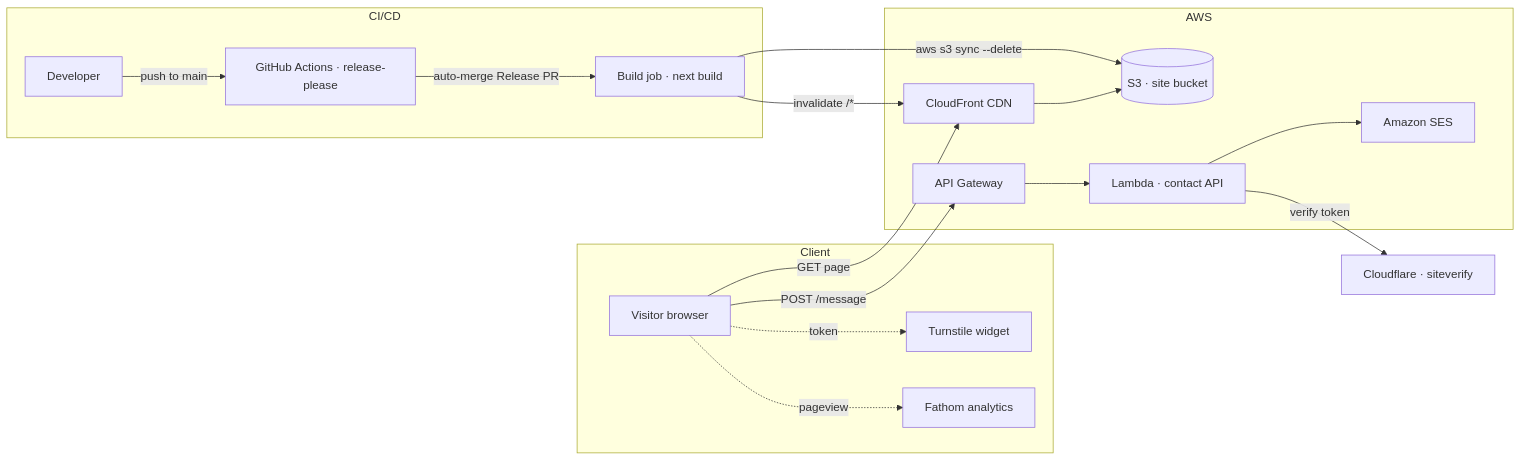
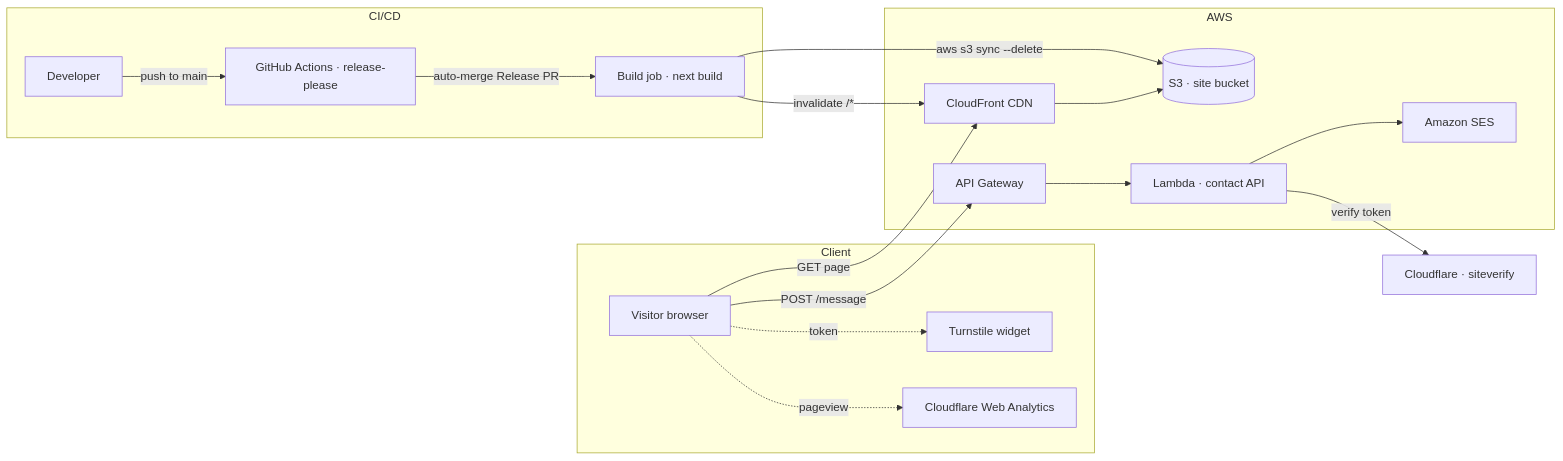
The diagram in README.md (parammehta/portfolio), drawn with Mermaid before and after one commit. The commit also changed 18 other files, not shown here.

First line of the commit message:
feat: replace Fathom with Cloudflare Web Analytics (#22)

````diff
--- a/README.md
+++ b/README.md
@@ -13,33 +13,33 @@
 ```mermaid
 flowchart LR
   subgraph client["Client"]
     Visitor["Visitor browser"]
     TS["Turnstile widget"]
-    Fathom["Fathom analytics"]
+    Analytics["Cloudflare Web Analytics"]
   end
 
   subgraph cicd["CI/CD"]
     Dev["Developer"] -->|"push to main"| GH["GitHub Actions · release-please"]
     GH -->|"auto-merge Release PR"| Build["Build job · next build"]
   end
 
   subgraph aws["AWS"]
     CF["CloudFront CDN"]
     S3[("S3 · site bucket")]
     API["API Gateway"]
     Lambda["Lambda · contact API"]
     SES["Amazon SES"]
     CF --> S3
     API --> Lambda --> SES
   end
 
   CFV["Cloudflare · siteverify"]
 
   Visitor -->|"GET page"| CF
-  Visitor -.->|"pageview"| Fathom
+  Visitor -.->|"pageview"| Analytics
   Visitor -.->|"token"| TS
   Visitor -->|"POST /message"| API
   Lambda -->|"verify token"| CFV
   Build -->|"aws s3 sync --delete"| S3
   Build -->|"invalidate /*"| CF
 ```
````
